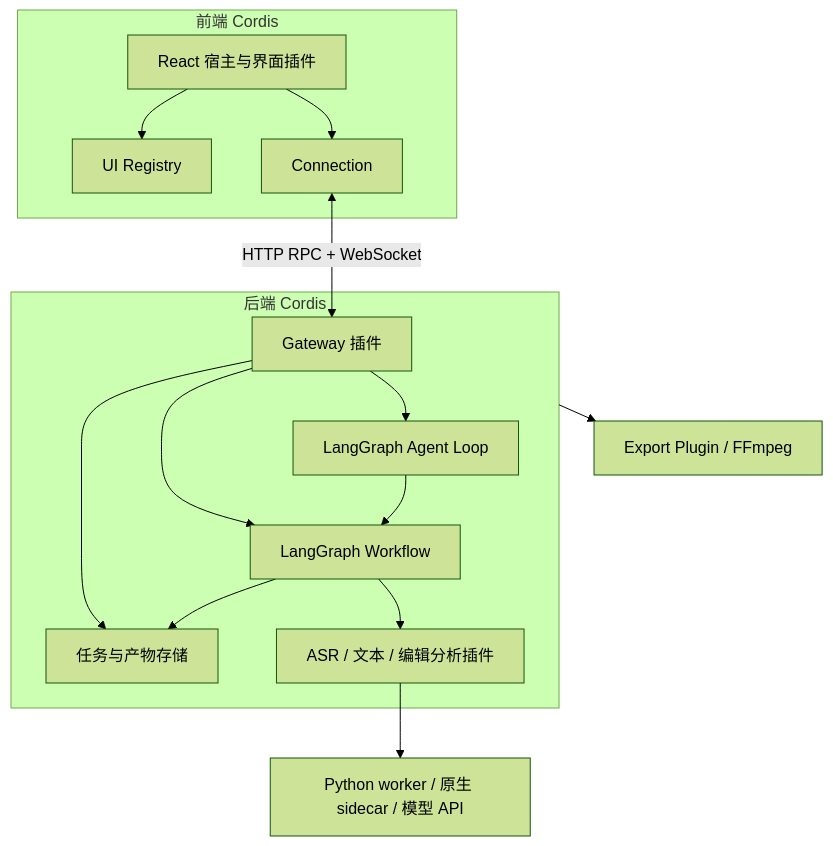
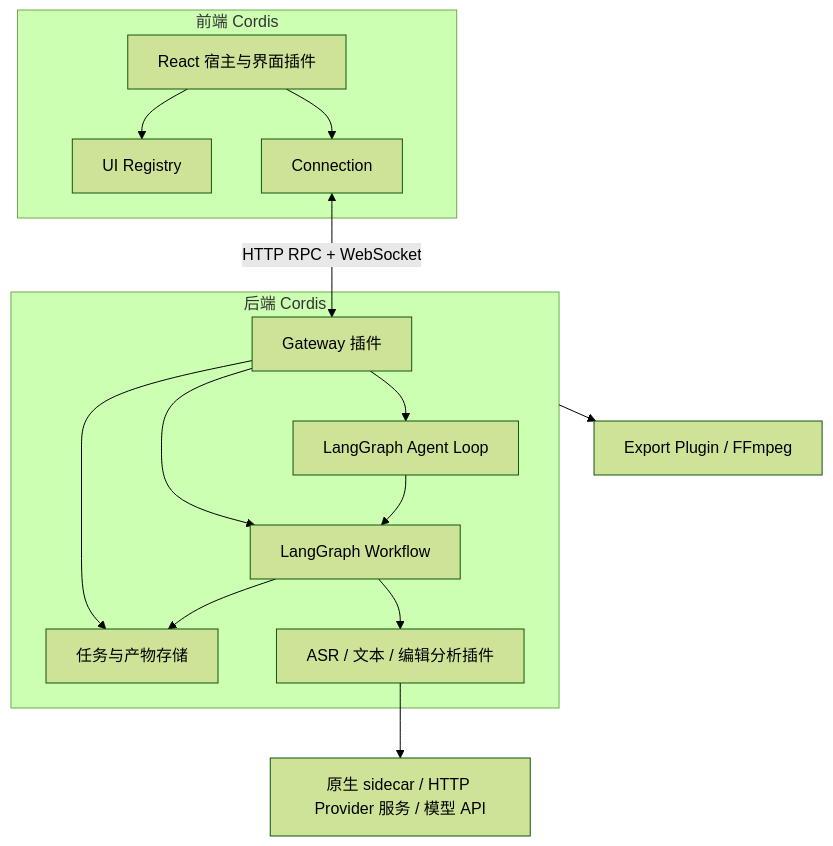
The diagram in docs/architecture-current.md (x007xyz/flycut-caption), drawn with Mermaid (forest theme) before and after one commit. The commit also changed other lines of this file and 34 other files, not shown here.

````diff
--- a/docs/architecture-current.md
+++ b/docs/architecture-current.md
@@ -32,26 +32,26 @@
 ```mermaid
 flowchart TB
   subgraph Client[前端 Cordis]
     UI[React 宿主与界面插件]
     Slots[UI Registry]
     Conn[Connection]
     UI --> Slots
     UI --> Conn
   end
   Conn <-->|HTTP RPC + WebSocket| Gateway
   subgraph Host[后端 Cordis]
     Gateway[Gateway 插件]
     Agent[LangGraph Agent Loop]
     Flow[LangGraph Workflow]
     Jobs[任务与产物存储]
     Providers[ASR / 文本 / 编辑分析插件]
     Gateway --> Agent
     Gateway --> Flow
     Gateway --> Jobs
     Agent --> Flow
     Flow --> Providers
     Flow --> Jobs
   end
-  Providers --> Worker[Python worker / 原生 sidecar / 模型 API]
+  Providers --> Worker[原生 sidecar / HTTP Provider 服务 / 模型 API]
   Host --> Export[Export Plugin / FFmpeg]
 ```
````
